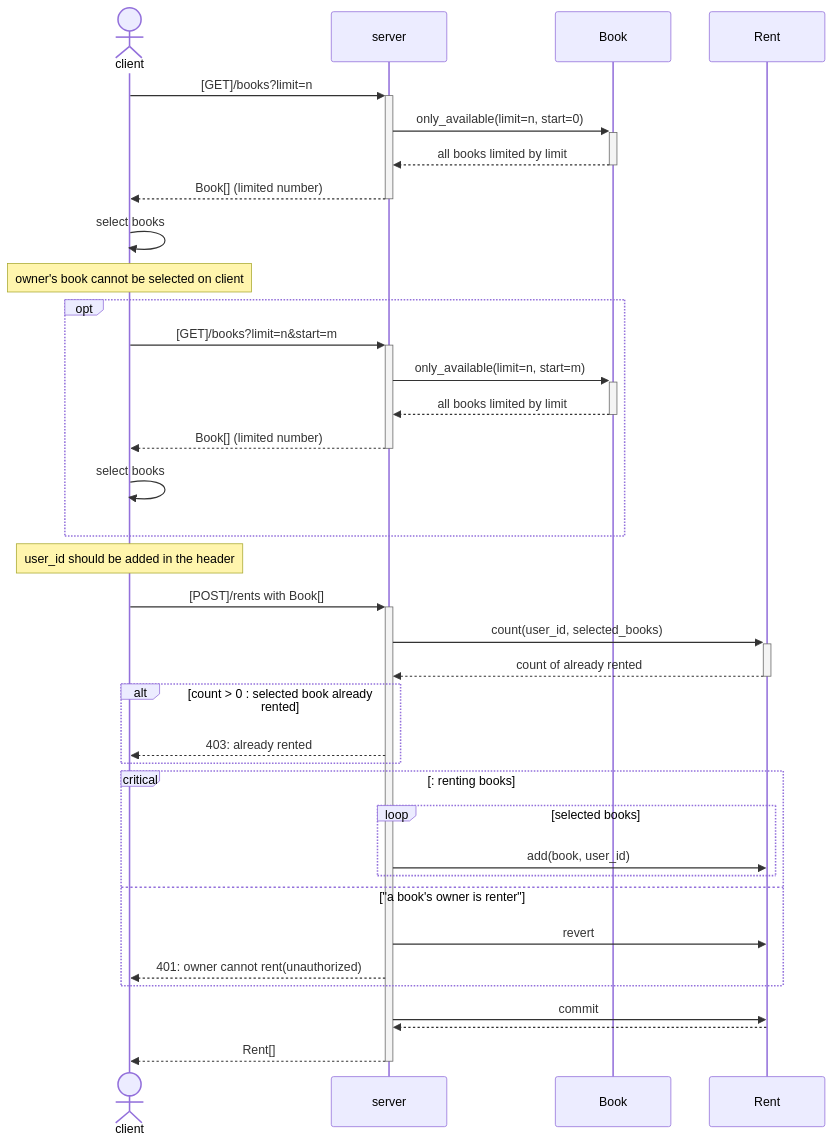
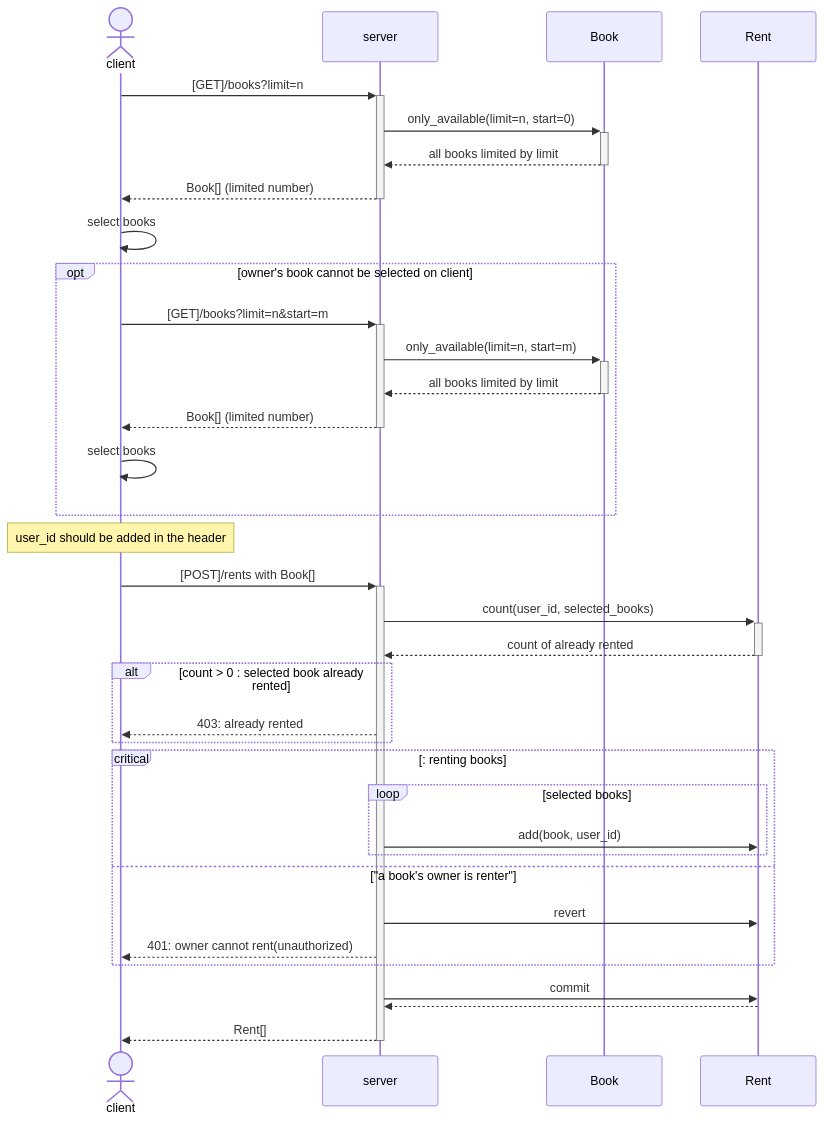
One commit to wootra/book-share changed the seventh of 9 diagrams in README.md. Above: the diagram before and after it, drawn with Mermaid. The commit also changed other lines of this file, not shown here.

````diff
--- a/README.md
+++ b/README.md
@@ -198,36 +198,35 @@
 ```mermaid
 sequenceDiagram
 actor client
 client ->> +server : [GET]/books?limit=n
     server ->> +Book : only_available(limit=n, start=0)
     Book -->> -server: all books limited by limit
 server -->> -client : Book[] (limited number)
 client ->> client : select books 
-Note over client: owner's book cannot be selected on client
-opt
+opt owner's book cannot be selected on client
     client ->> +server: [GET]/books?limit=n&start=m
     server ->> +Book : only_available(limit=n, start=m)
     Book -->> -server: all books limited by limit
     server -->> -client: Book[] (limited number)
     client ->> client : select books 
 end
 
 Note over client: user_id should be added in the header
 client ->> +server: [POST]/rents with Book[]
     server ->> +Rent: count(user_id, selected_books)
     Rent -->> -server: count of already rented
     alt count > 0 : selected book already rented
         server -->> client: 403: already rented
     end
     critical: renting books
         loop selected books
             server ->> Rent: add(book, user_id)
         end
     option "a book's owner is renter"
         server ->> Rent: revert
         server -->> client: 401: owner cannot rent(unauthorized)
     end
     server ->> Rent: commit
     Rent -->> server: 
 server -->> -client: Rent[]
 ```
````
